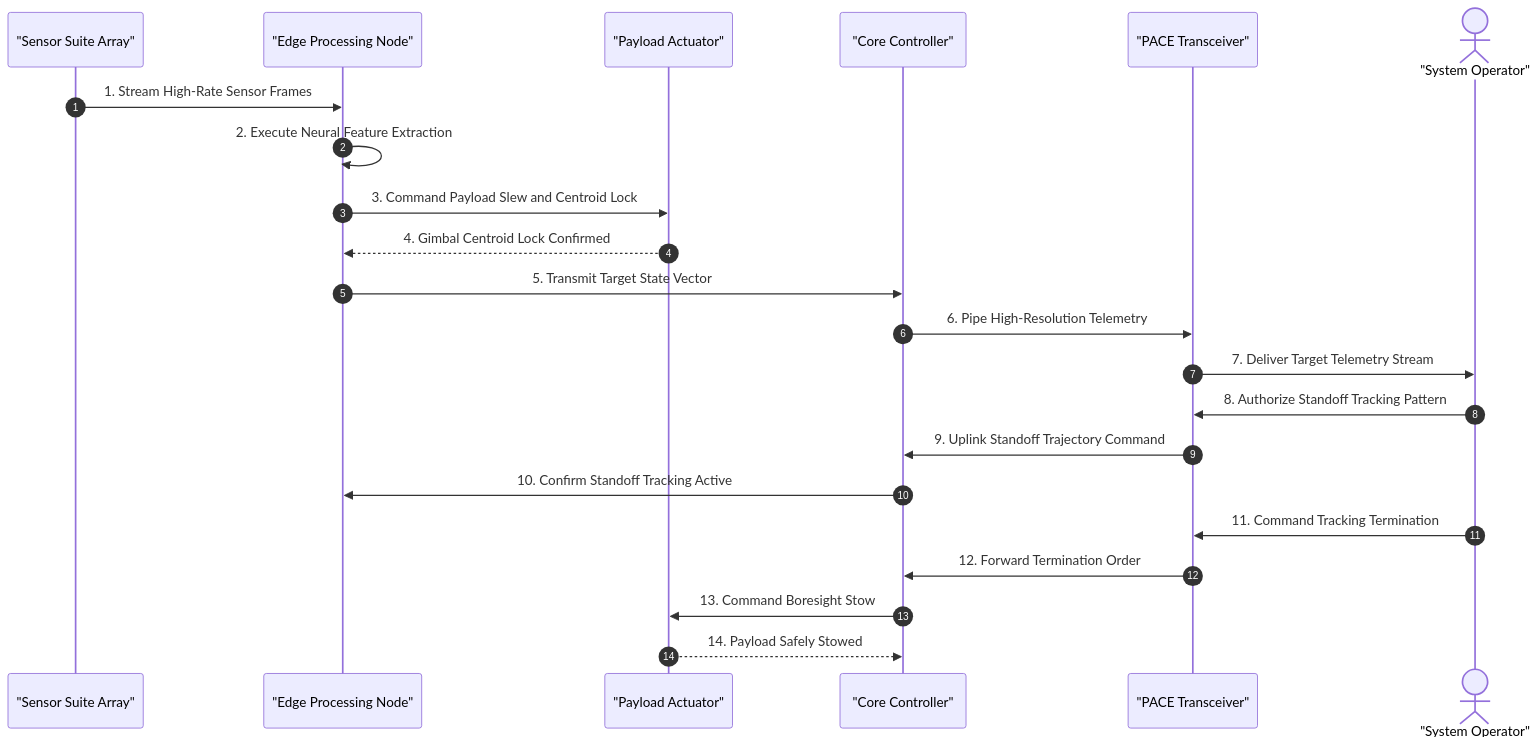
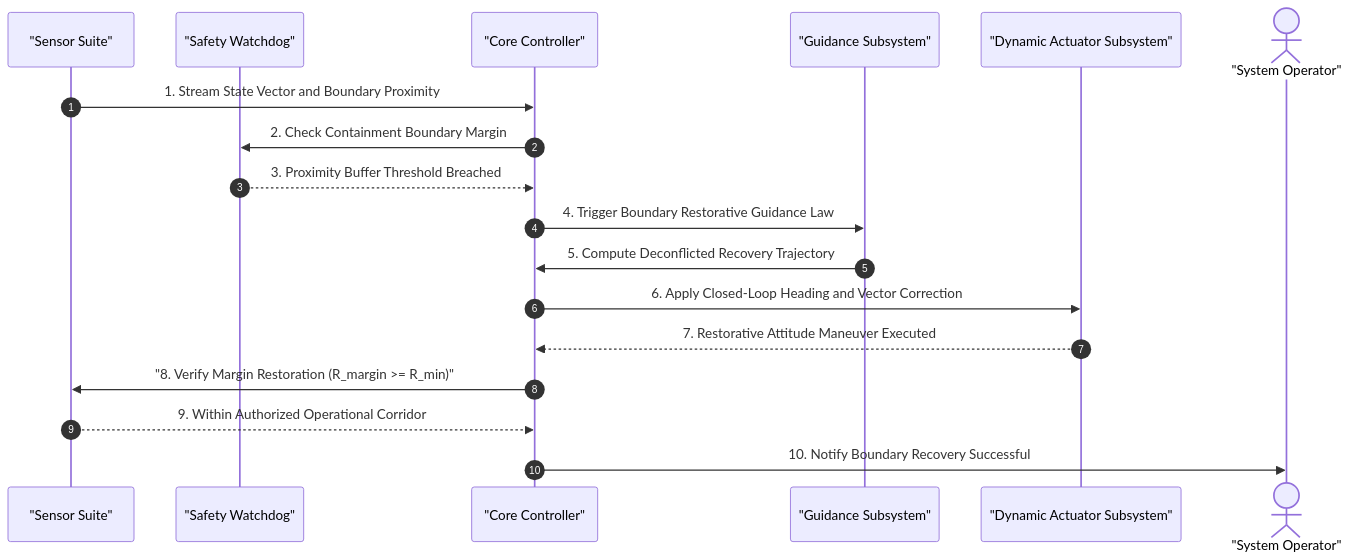
One commit to gintatkinson/DEAP-avionic-flight-safety changed the second of 6 diagrams in skills/spec-conops-engineering/resources/units/conops/09_SCENARIOS_AND_TIMELINES.md. Above: the diagram before and after it, drawn with Mermaid. The commit also changed other lines of this file and 256 other files, not shown here.

````diff
--- a/skills/spec-conops-engineering/resources/units/conops/09_SCENARIOS_AND_TIMELINES.md
+++ b/skills/spec-conops-engineering/resources/units/conops/09_SCENARIOS_AND_TIMELINES.md
@@ -64,25 +64,21 @@
 ```mermaid
 sequenceDiagram
     autonumber
-    participant Sensors as "Sensor Suite Array"
-    participant EdgeNode as "Edge Processing Node"
-    participant Actuator as "Payload Actuator"
+    participant Sensors as "Sensor Suite"
+    participant Watchdog as "Safety Watchdog"
     participant Controller as "Core Controller"
-    participant Modem as "PACE Transceiver"
+    participant Guidance as "Guidance Subsystem"
+    participant Actuator as "Dynamic Actuator Subsystem"
     actor Operator as "System Operator"
 
-    Sensors ->> EdgeNode: 1. Stream High-Rate Sensor Frames
-    EdgeNode ->> EdgeNode: 2. Execute Neural Feature Extraction
-    EdgeNode ->> Actuator: 3. Command Payload Slew and Centroid Lock
-    Actuator -->> EdgeNode: 4. Gimbal Centroid Lock Confirmed
-    EdgeNode ->> Controller: 5. Transmit Target State Vector
-    Controller ->> Modem: 6. Pipe High-Resolution Telemetry
-    Modem ->> Operator: 7. Deliver Target Telemetry Stream
-    Operator ->> Modem: 8. Authorize Standoff Tracking Pattern
-    Modem ->> Controller: 9. Uplink Standoff Trajectory Command
-    Controller ->> EdgeNode: 10. Confirm Standoff Tracking Active
-    Operator ->> Modem: 11. Command Tracking Termination
-    Modem ->> Controller: 12. Forward Termination Order
-    Controller ->> Actuator: 13. Command Boresight Stow
-    Actuator -->> Controller: 14. Payload Safely Stowed
+    Sensors ->> Controller: 1. Stream State Vector and Boundary Proximity
+    Controller ->> Watchdog: 2. Check Containment Boundary Margin
+    Watchdog -->> Controller: 3. Proximity Buffer Threshold Breached
+    Controller ->> Guidance: 4. Trigger Boundary Restorative Guidance Law
+    Guidance ->> Controller: 5. Compute Deconflicted Recovery Trajectory
+    Controller ->> Actuator: 6. Apply Closed-Loop Heading and Vector Correction
+    Actuator -->> Controller: 7. Restorative Attitude Maneuver Executed
+    Controller ->> Sensors: "8. Verify Margin Restoration (R_margin >= R_min)"
+    Sensors -->> Controller: 9. Within Authorized Operational Corridor
+    Controller ->> Operator: 10. Notify Boundary Recovery Successful
 ```
````
